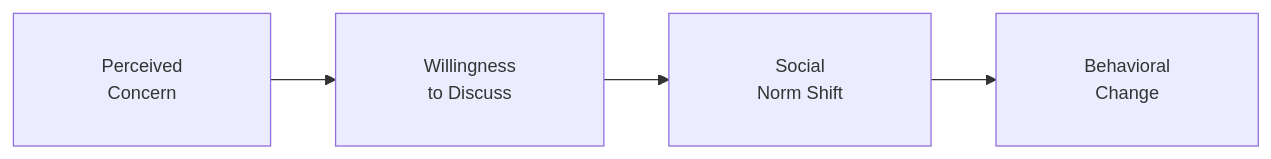
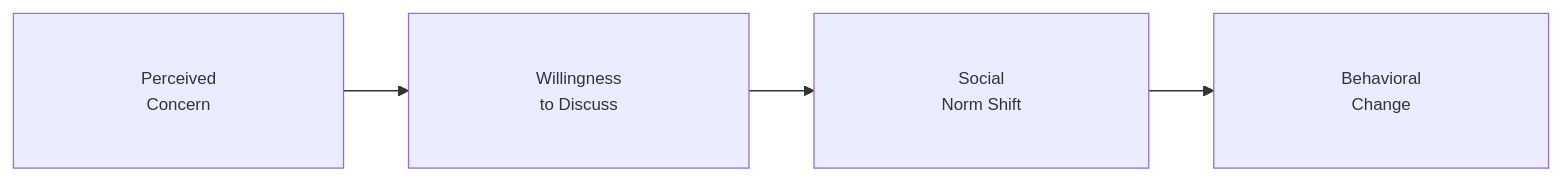
One commit to GM024/CourseSummaries changed the third of 7 diagrams in Communication_Influence/Mastery_Guide_SOW_BS033.md. Above: the diagram before and after it, drawn with Mermaid. The commit also changed other lines of this file, not shown here.

Commit message:
Standardize all diagrams with 13px font, 40px padding, and Quad-Invisible-Padding

````diff
--- a/Communication_Influence/Mastery_Guide_SOW_BS033.md
+++ b/Communication_Influence/Mastery_Guide_SOW_BS033.md
@@ -94,7 +94,7 @@
 ```mermaid
-%%{init: {'flowchart': {'padding': 30}, 'themeVariables': { 'fontSize': '14px' }}}%%
+%%{init: {'flowchart': {'padding': 40}, 'themeVariables': { 'fontSize': '13px' }}}%%
 graph LR
-    Perception["&nbsp; Perceived &nbsp;<br/>&nbsp; Concern &nbsp;"] --> Talk["&nbsp; Willingness &nbsp;<br/>&nbsp; to Discuss &nbsp;"]
-    Talk --> Norm["&nbsp; Social &nbsp;<br/>&nbsp; Norm Shift &nbsp;"]
-    Norm --> Behavior["&nbsp; Behavioral &nbsp;<br/>&nbsp; Change &nbsp;"]
+    Perception["&nbsp;&nbsp;&nbsp;&nbsp; Perceived &nbsp;&nbsp;&nbsp;&nbsp;<br/>&nbsp;&nbsp;&nbsp;&nbsp; Concern &nbsp;&nbsp;&nbsp;&nbsp;"] --> Talk["&nbsp;&nbsp;&nbsp;&nbsp; Willingness &nbsp;&nbsp;&nbsp;&nbsp;<br/>&nbsp;&nbsp;&nbsp;&nbsp; to Discuss &nbsp;&nbsp;&nbsp;&nbsp;"]
+    Talk --> Norm["&nbsp;&nbsp;&nbsp;&nbsp; Social &nbsp;&nbsp;&nbsp;&nbsp;<br/>&nbsp;&nbsp;&nbsp;&nbsp; Norm Shift &nbsp;&nbsp;&nbsp;&nbsp;"]
+    Norm --> Behavior["&nbsp;&nbsp;&nbsp;&nbsp; Behavioral &nbsp;&nbsp;&nbsp;&nbsp;<br/>&nbsp;&nbsp;&nbsp;&nbsp; Change &nbsp;&nbsp;&nbsp;&nbsp;"]
 ```
````
